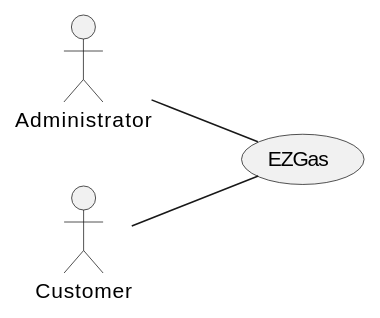
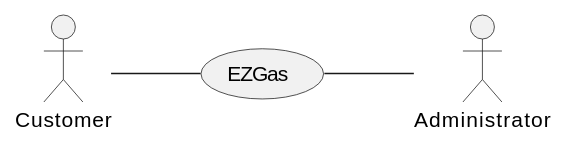
Before and after one commit to SoftengPoliTo/Lab2: the first of 5 diagrams in REQ_s274148.md, drawn with PlantUML. The commit also changed other lines of this file, not shown here.

Commit message:
Uml graphs

````diff
--- a/REQ_s274148.md
+++ b/REQ_s274148.md
@@ -48,7 +48,7 @@
 ```plantuml
 left to right direction
 actor Administrator as a
 actor Customer as b
-a -- (EZGas)
+(EZGas) -- a
 b -- (EZGas)
 ```
````
